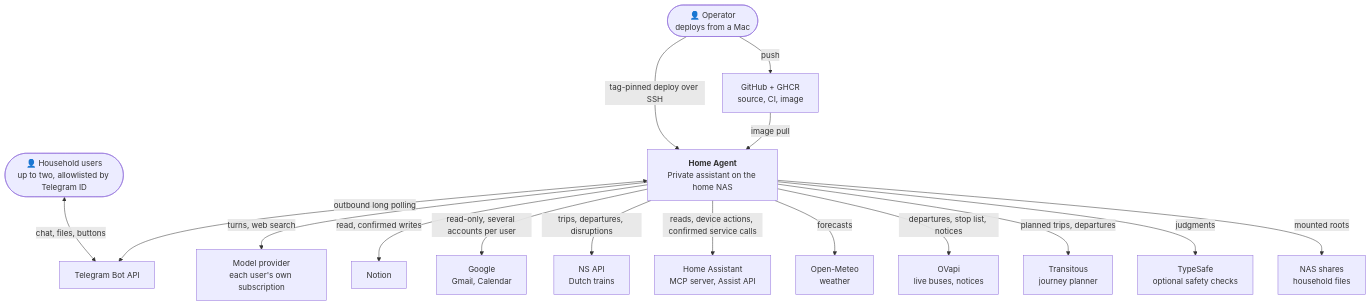
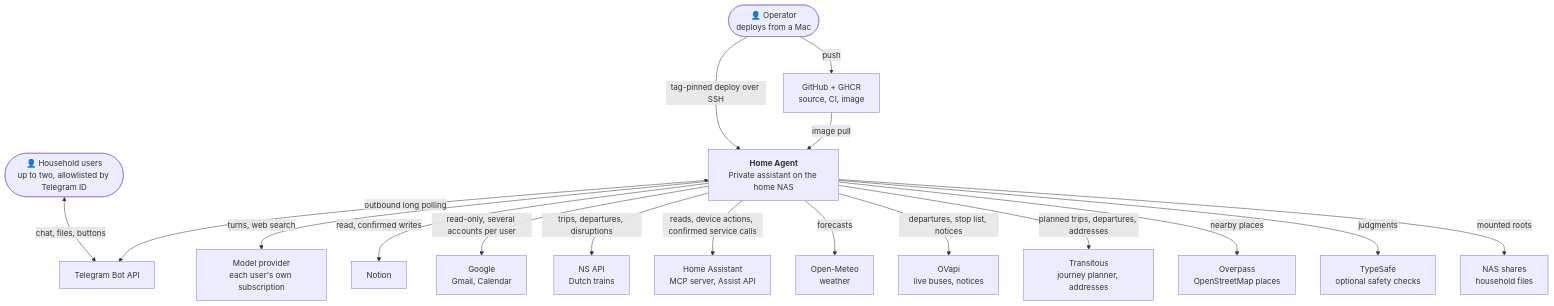
Before and after one commit to vladar107/home-ai-assistant: the first of 3 diagrams in docs/architecture.md, drawn with Mermaid. The commit also changed other lines of this file and 37 other files, not shown here.

````diff
--- a/docs/architecture.md
+++ b/docs/architecture.md
@@ -9,36 +9,38 @@
 ```mermaid
 flowchart TB
     users(["👤 Household users<br/>up to two, allowlisted by Telegram ID"])
     operator(["👤 Operator<br/>deploys from a Mac"])
 
     agent["<b>Home Agent</b><br/>Private assistant on the home NAS"]
 
     telegram["Telegram Bot API"]
     model["Model provider<br/>each user's own subscription"]
     notion["Notion"]
     google["Google<br/>Gmail, Calendar"]
     ns["NS API<br/>Dutch trains"]
     ha["Home Assistant<br/>MCP server, Assist API"]
     meteo["Open-Meteo<br/>weather"]
     ovapi["OVapi<br/>live buses, notices"]
-    transitous["Transitous<br/>journey planner"]
+    transitous["Transitous<br/>journey planner, addresses"]
+    overpass["Overpass<br/>OpenStreetMap places"]
     typesafe["TypeSafe<br/>optional safety checks"]
     nasfiles["NAS shares<br/>household files"]
     ghcr["GitHub + GHCR<br/>source, CI, image"]
 
     users <-->|chat, files, buttons| telegram
     agent <-->|outbound long polling| telegram
     agent -->|turns, web search| model
     agent -->|read, confirmed writes| notion
     agent -->|read-only, several accounts per user| google
     agent -->|trips, departures, disruptions| ns
     agent -->|reads, device actions, confirmed service calls| ha
     agent -->|forecasts| meteo
     agent -->|departures, stop list, notices| ovapi
-    agent -->|planned trips, departures| transitous
+    agent -->|planned trips, departures, addresses| transitous
+    agent -->|nearby places| overpass
     agent -->|judgments| typesafe
     agent -->|mounted roots| nasfiles
     operator -->|push| ghcr
     operator -->|tag-pinned deploy over SSH| agent
     ghcr -->|image pull| agent
 ```
````
